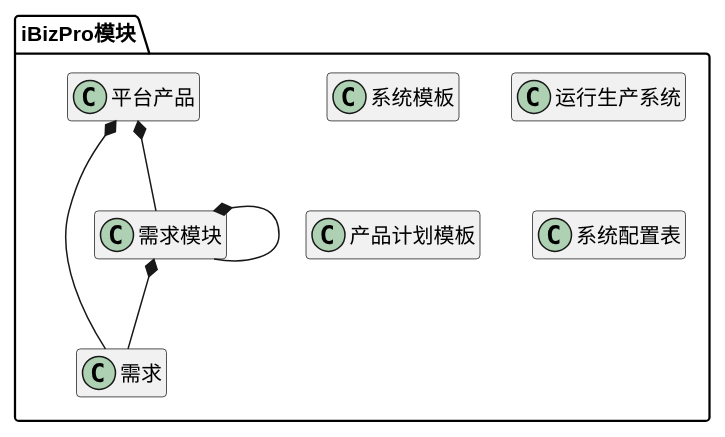
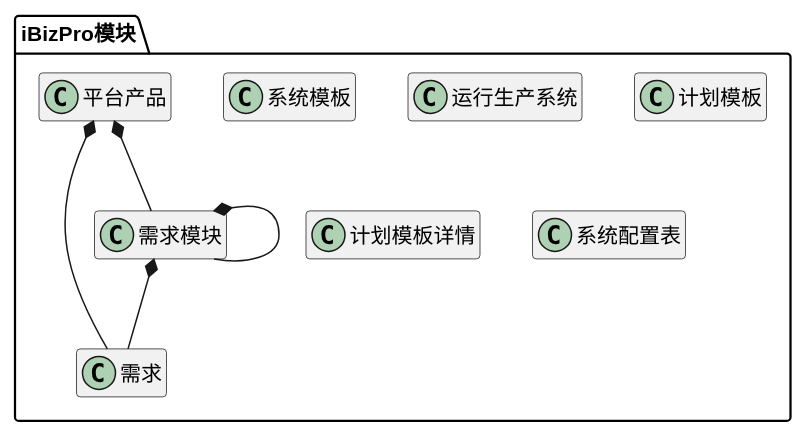
Before and after one commit to zj335841911/nt_chandao: the diagram in ibizpms-docs/src/main/doc/v1/module/ibizpro.md, drawn with PlantUML. The commit also changed other lines of this file and 32 other files, not shown here.

```diff
--- a/ibizpms-docs/src/main/doc/v1/module/ibizpro.md
+++ b/ibizpms-docs/src/main/doc/v1/module/ibizpro.md
@@ -6,44 +6,47 @@
 {% plantuml %}
 
 package iBizPro模块 {
 
 class 平台产品 {
 }
 
 class 需求 {
 }
 
 class 需求模块 {
 }
 
 class 系统模板 {
 }
 
 class 运行生产系统 {
 }
 
-class 产品计划模板 {
+class 计划模板 {
+}
+
+class 计划模板详情 {
 }
 
 class 系统配置表 {
 }
 
 
 平台产品 *-- 需求模块 
 
 
 需求模块 *-- 需求模块 
 
 
 平台产品 *-- 需求 
 
 
 需求模块 *-- 需求 
 
 
 
 }
 
 hide members
 
 {% endplantuml %}
```
